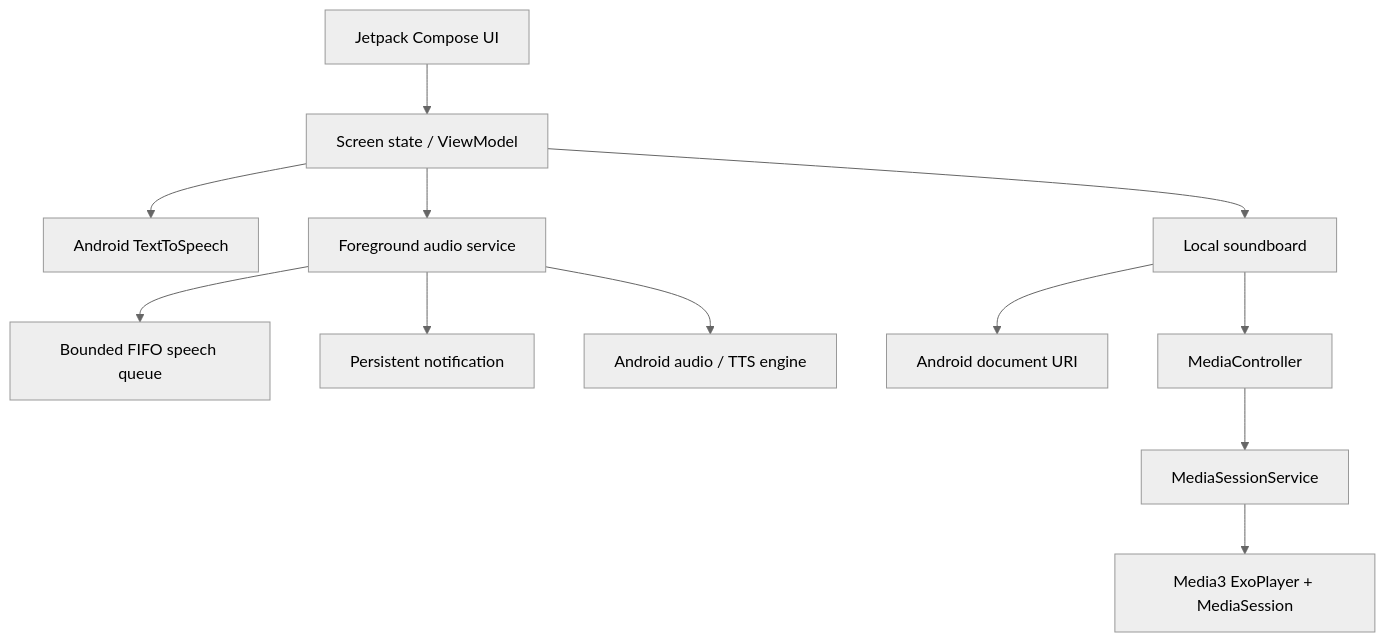
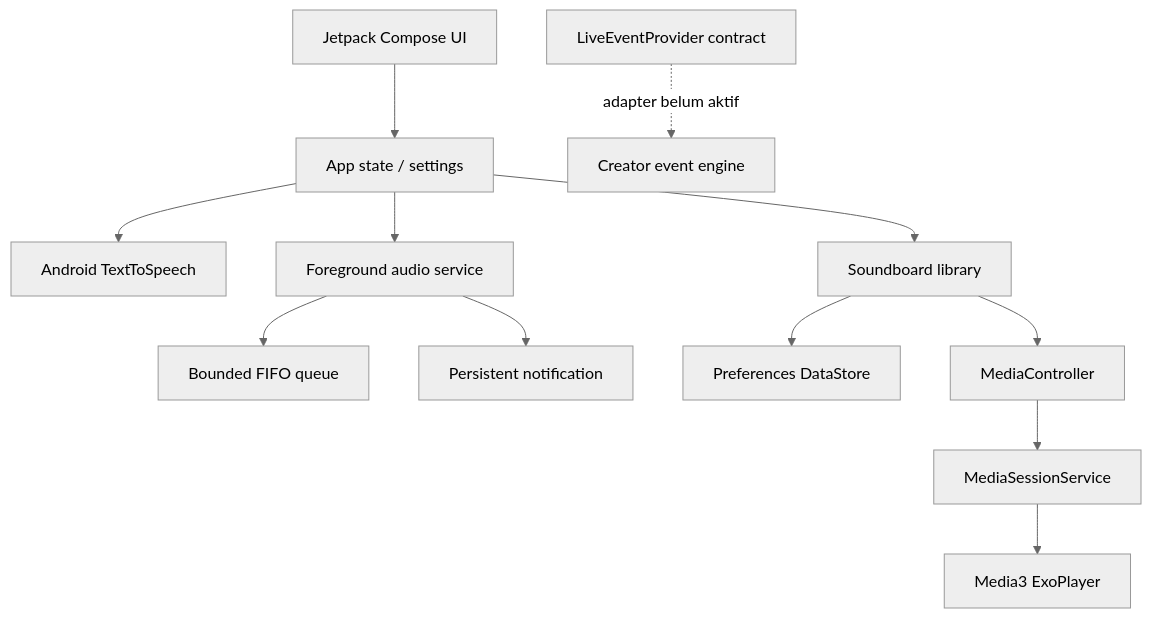
The diagram in README.md (adebojel/LiveCreatorStudio), drawn with Mermaid (neutral theme) before and after one commit. The commit also changed other lines of this file and 4 other files, not shown here.

````diff
--- a/README.md
+++ b/README.md
@@ -60,14 +90,14 @@
 ```mermaid
 flowchart TD
-  UI["Jetpack Compose UI"] --> VM["Screen state / ViewModel"]
-  VM --> TTS["Android TextToSpeech"]
-  VM --> SVC["Foreground audio service"]
-  VM --> SB["Local soundboard"]
-  SVC --> Q["Bounded FIFO speech queue"]
-  SVC --> NOTIF["Persistent notification"]
-  SB --> DOC["Android document URI"]
+  UI["Jetpack Compose UI"] --> APP["App state / settings"]
+  APP --> TTS["Android TextToSpeech"]
+  APP --> AUDIO["Foreground audio service"]
+  APP --> SB["Soundboard library"]
+  AUDIO --> QUEUE["Bounded FIFO queue"]
+  AUDIO --> NOTIF["Persistent notification"]
+  SB --> STORE["Preferences DataStore"]
   SB --> CTRL["MediaController"]
   CTRL --> SESSION["MediaSessionService"]
-  SESSION --> PLAYER["Media3 ExoPlayer + MediaSession"]
-  SVC --> ANDROID["Android audio / TTS engine"]
+  SESSION --> PLAYER["Media3 ExoPlayer"]
+  PROVIDER["LiveEventProvider contract"] -. "adapter belum aktif" .-> ENGINE["Creator event engine"]
 ```
````
